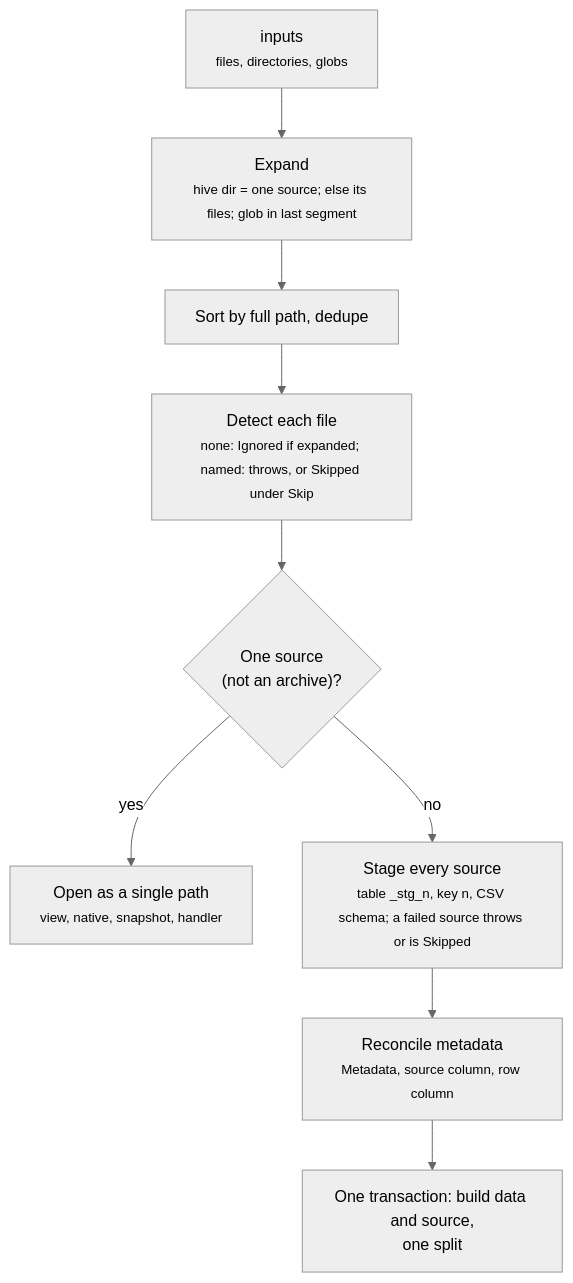
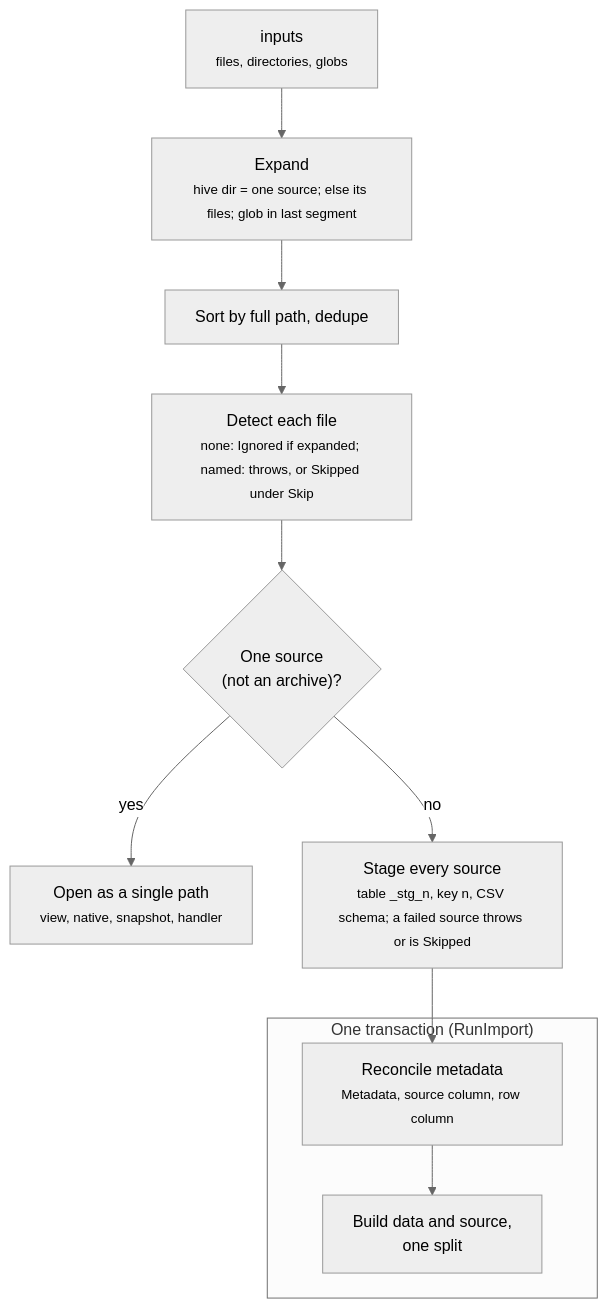
One commit to squalor-xyz/DataBall changed diagram 15 of 15 in docs/how-it-works.md. Above: the diagram before and after it, drawn with Mermaid (neutral theme). The commit also changed other lines of this file and 5 other files, not shown here.

First line of the commit message:
docs: refresh how-it-works diagrams, commit HTML/PDF renders and add render script.

````diff
--- a/docs/how-it-works.md
+++ b/docs/how-it-works.md
@@ -292,11 +295,13 @@
 ```mermaid
 flowchart TD
     A["inputs<br/><small>files, directories, globs</small>"] --> B["Expand<br/><small>hive dir = one source; else its files; glob in last segment</small>"]
     B --> C["Sort by full path, dedupe"]
     C --> D["Detect each file<br/><small>none: Ignored if expanded; named: throws, or Skipped under Skip</small>"]
     D --> E{"One source<br/>(not an archive)?"}
     E -- yes --> F["Open as a single path<br/><small>view, native, snapshot, handler</small>"]
     E -- no --> G["Stage every source<br/><small>table _stg_n, key n, CSV schema; a failed source throws or is Skipped</small>"]
-    G --> H["Reconcile metadata<br/><small>Metadata, source column, row column</small>"]
-    H --> I["One transaction: build data and source,<br/>one split"]
+    G --> H
+    subgraph tx["One transaction (RunImport)"]
+        H["Reconcile metadata<br/><small>Metadata, source column, row column</small>"] --> I["Build data and source,<br/>one split"]
+    end
 ```
````
